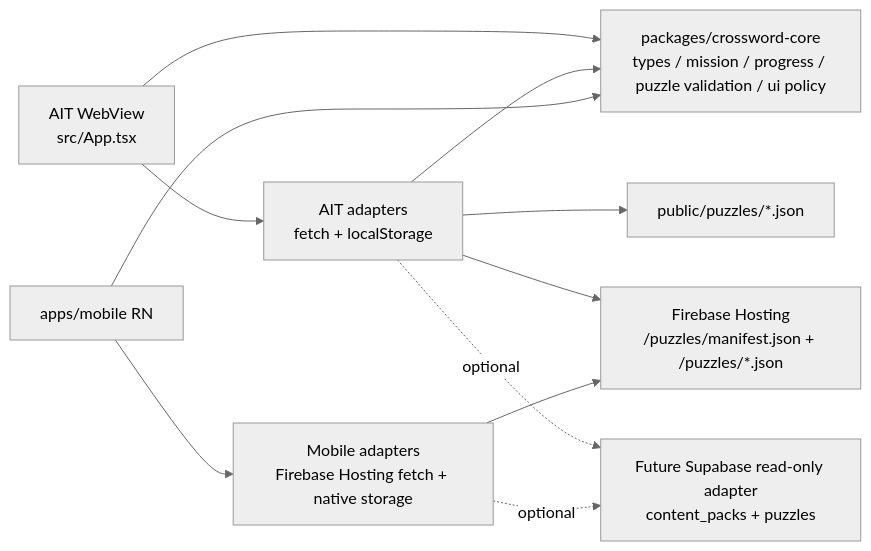
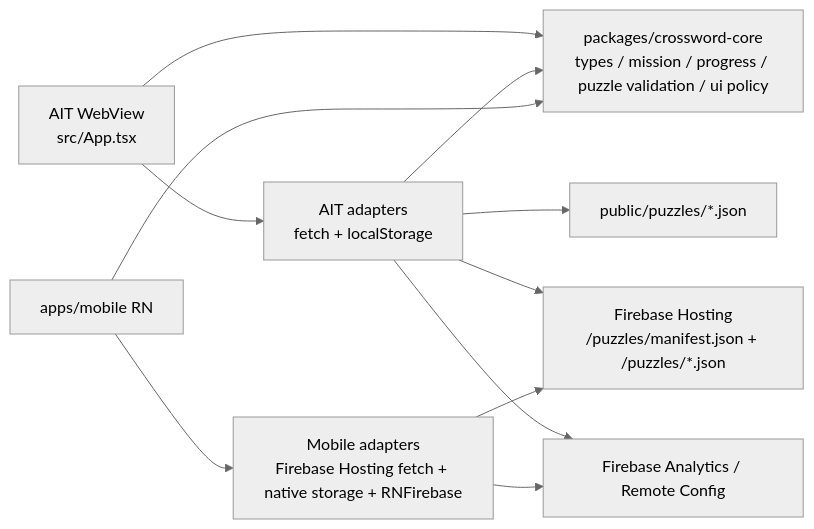
Before and after one commit to seorilabs/crossword-puzzle: the second of 3 diagrams in docs/architecture.md, drawn with Mermaid (neutral theme). The commit also changed other lines of this file and 32 other files, not shown here.

````diff
--- a/docs/architecture.md
+++ b/docs/architecture.md
@@ -41,21 +42,21 @@
 ```mermaid
 flowchart LR
   Core["packages/crossword-core<br/>types / mission / progress / puzzle validation / ui policy"]
   AIT["AIT WebView<br/>src/App.tsx"]
   AITAdapters["AIT adapters<br/>fetch + localStorage"]
   FirebaseHosting["Firebase Hosting<br/>/puzzles/manifest.json + /puzzles/*.json"]
-  SupabaseRead["Future Supabase read-only adapter<br/>content_packs + puzzles"]
+  FirebaseOps["Firebase Analytics / Remote Config"]
   Mobile["apps/mobile RN"]
-  MobileAdapters["Mobile adapters<br/>Firebase Hosting fetch + native storage"]
+  MobileAdapters["Mobile adapters<br/>Firebase Hosting fetch + native storage + RNFirebase"]
 
   AIT --> Core
   AIT --> AITAdapters
   AITAdapters --> Core
   AITAdapters --> Static["public/puzzles/*.json"]
   AITAdapters --> FirebaseHosting
-  AITAdapters -. optional .-> SupabaseRead
+  AITAdapters --> FirebaseOps
   Mobile --> Core
   Mobile --> MobileAdapters
   MobileAdapters --> FirebaseHosting
-  MobileAdapters -. optional .-> SupabaseRead
+  MobileAdapters --> FirebaseOps
 ```
````
